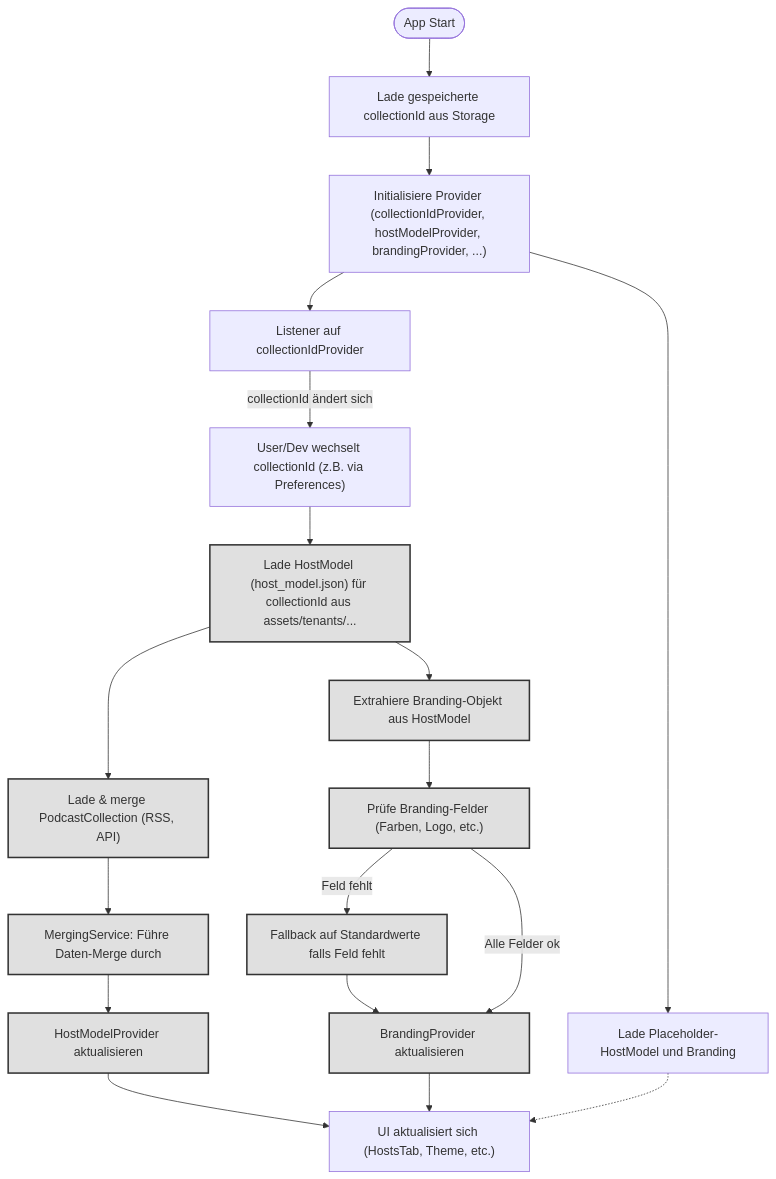
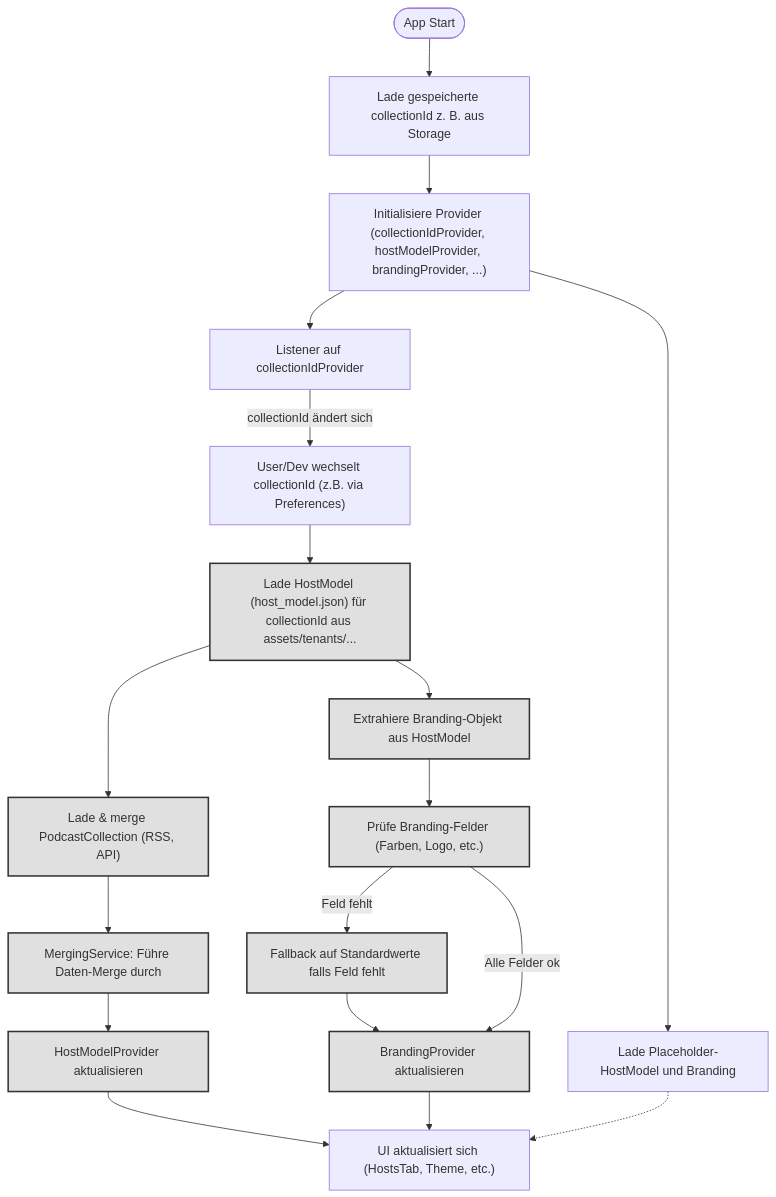
One commit to sergioSerafino/visit_app_flutter_android changed the diagram in .documents/collectionId_flow_overview_with_branding.mmd. Above: the diagram before and after it, drawn with Mermaid. The commit also changed 2 other files, not shown here.

```diff
--- a/.documents/collectionId_flow_overview_with_branding.mmd
+++ b/.documents/collectionId_flow_overview_with_branding.mmd
@@ -1,37 +1,37 @@
 flowchart TD
     AppStart(["App Start"])
-    LoadPrefs["Lade gespeicherte collectionId aus Storage"]
+    LoadPrefs["Lade gespeicherte collectionId z. B. aus Storage"]
     InitProviders["Initialisiere Provider (collectionIdProvider, hostModelProvider, brandingProvider, ...)"]
     Placeholder["Lade Placeholder-HostModel und Branding"]
     ListenCollection["Listener auf collectionIdProvider"]
     UserChange["User/Dev wechselt collectionId (z.B. via Preferences)"]
     LoadHostModel["Lade HostModel (host_model.json) für collectionId aus assets/tenants/..."]
     ExtractBranding["Extrahiere Branding-Objekt aus HostModel"]
     CheckBranding["Prüfe Branding-Felder (Farben, Logo, etc.)"]
     FallbackBranding["Fallback auf Standardwerte falls Feld fehlt"]
     UpdateBrandingProvider["BrandingProvider aktualisieren"]
     LoadPodcast["Lade & merge PodcastCollection (RSS, API)"]
     MergingService["MergingService: Führe Daten-Merge durch"]
     UpdateHostProvider["HostModelProvider aktualisieren"]
     UIUpdate["UI aktualisiert sich (HostsTab, Theme, etc.)"]
 
     AppStart --> LoadPrefs --> InitProviders --> Placeholder
     InitProviders --> ListenCollection
     ListenCollection -->|"collectionId ändert sich"| UserChange
     UserChange --> LoadHostModel --> ExtractBranding --> CheckBranding
     CheckBranding -- "Feld fehlt" --> FallbackBranding --> UpdateBrandingProvider
     CheckBranding -- "Alle Felder ok" --> UpdateBrandingProvider
     LoadHostModel --> LoadPodcast
     LoadPodcast --> MergingService --> UpdateHostProvider --> UIUpdate
     UpdateBrandingProvider --> UIUpdate
     Placeholder -.-> UIUpdate
 
     classDef service fill:#e0e0e0,stroke:#333,stroke-width:2px;
     MergingService:::service
     LoadHostModel:::service
     LoadPodcast:::service
     ExtractBranding:::service
     CheckBranding:::service
     FallbackBranding:::service
     UpdateBrandingProvider:::service
     UpdateHostProvider:::service
```
